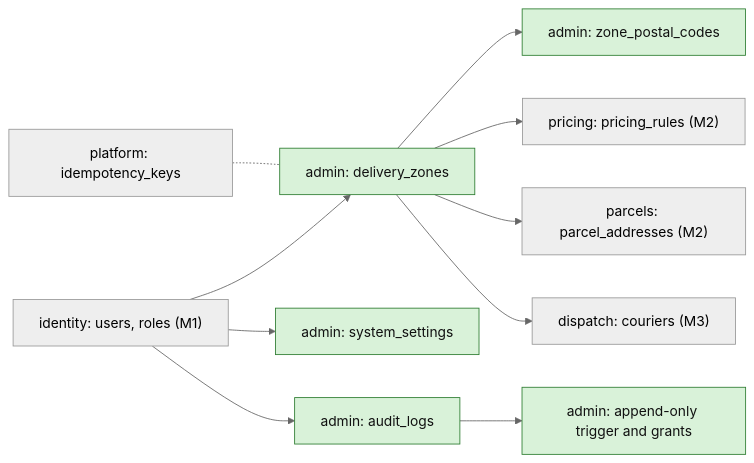
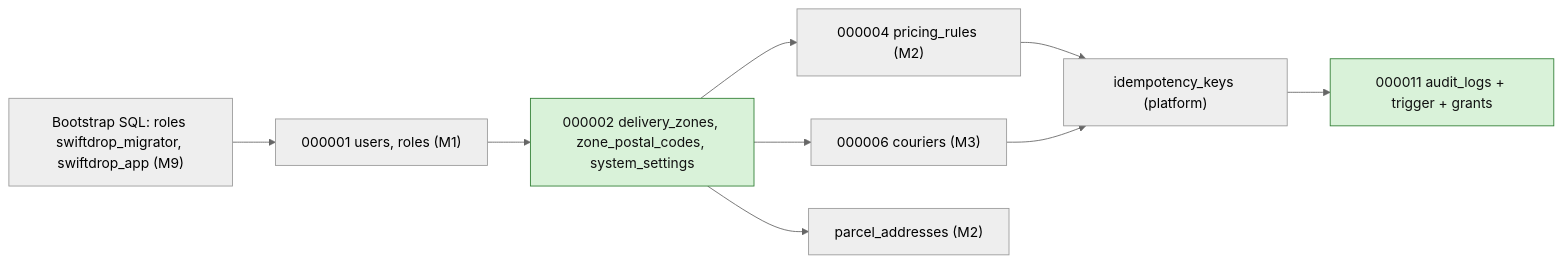
One commit to phantomTroupeEAD/SwiftDrop changed the fourth of 11 diagrams in docs/drafts/member-07-dispatcher-admin-web-gateway/doc-05-data-and-persistence.md. Above: the diagram before and after it, drawn with Mermaid (neutral theme). The commit also changed other lines of this file and 125 other files, not shown here.

````diff
--- a/docs/drafts/member-07-dispatcher-admin-web-gateway/doc-05-data-and-persistence.md
+++ b/docs/drafts/member-07-dispatcher-admin-web-gateway/doc-05-data-and-persistence.md
@@ -365,14 +358,13 @@
 ```mermaid
 flowchart LR
-    U["identity: users, roles (M1)"] --> Z["admin: delivery_zones"]
-    Z --> ZP["admin: zone_postal_codes"]
-    U --> SS["admin: system_settings"]
-    U --> AL["admin: audit_logs"]
-    AL --> TR["admin: append-only trigger and grants"]
-    Z --> PR["pricing: pricing_rules (M2)"]
-    Z --> PAD["parcels: parcel_addresses (M2)"]
-    Z --> CO["dispatch: couriers (M3)"]
-    PLT["platform: idempotency_keys"] -.- Z
+    B["Bootstrap SQL: roles swiftdrop_migrator, swiftdrop_app (M9)"] --> U["000001 users, roles (M1)"]
+    U --> Z["000002 delivery_zones, zone_postal_codes, system_settings"]
+    Z --> PR["000004 pricing_rules (M2)"]
+    Z --> CO["000006 couriers (M3)"]
+    Z --> PAD["parcel_addresses (M2)"]
+    PR --> PLT["idempotency_keys (platform)"]
+    CO --> PLT
+    PLT --> AL["000011 audit_logs + trigger + grants"]
     classDef mine fill:#d9f2d9,stroke:#2e7d32,color:#111
-    class Z,ZP,SS,AL,TR mine
+    class Z,AL mine
 ```
````
